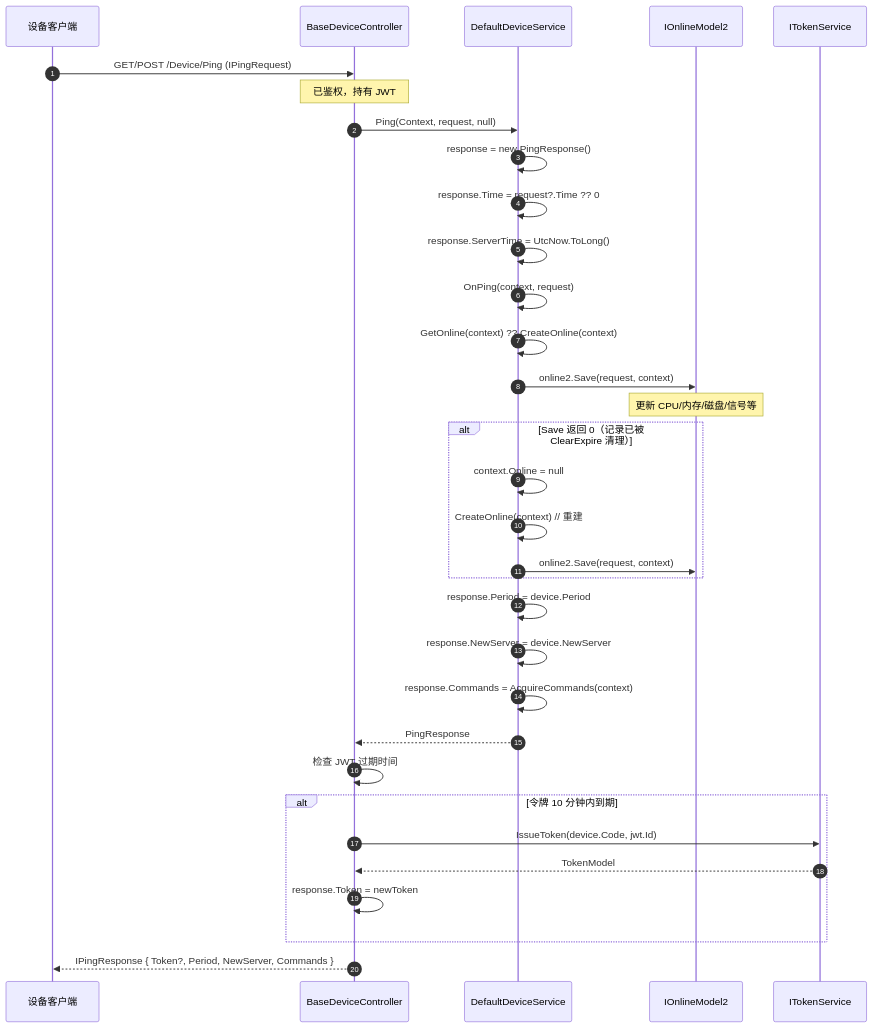
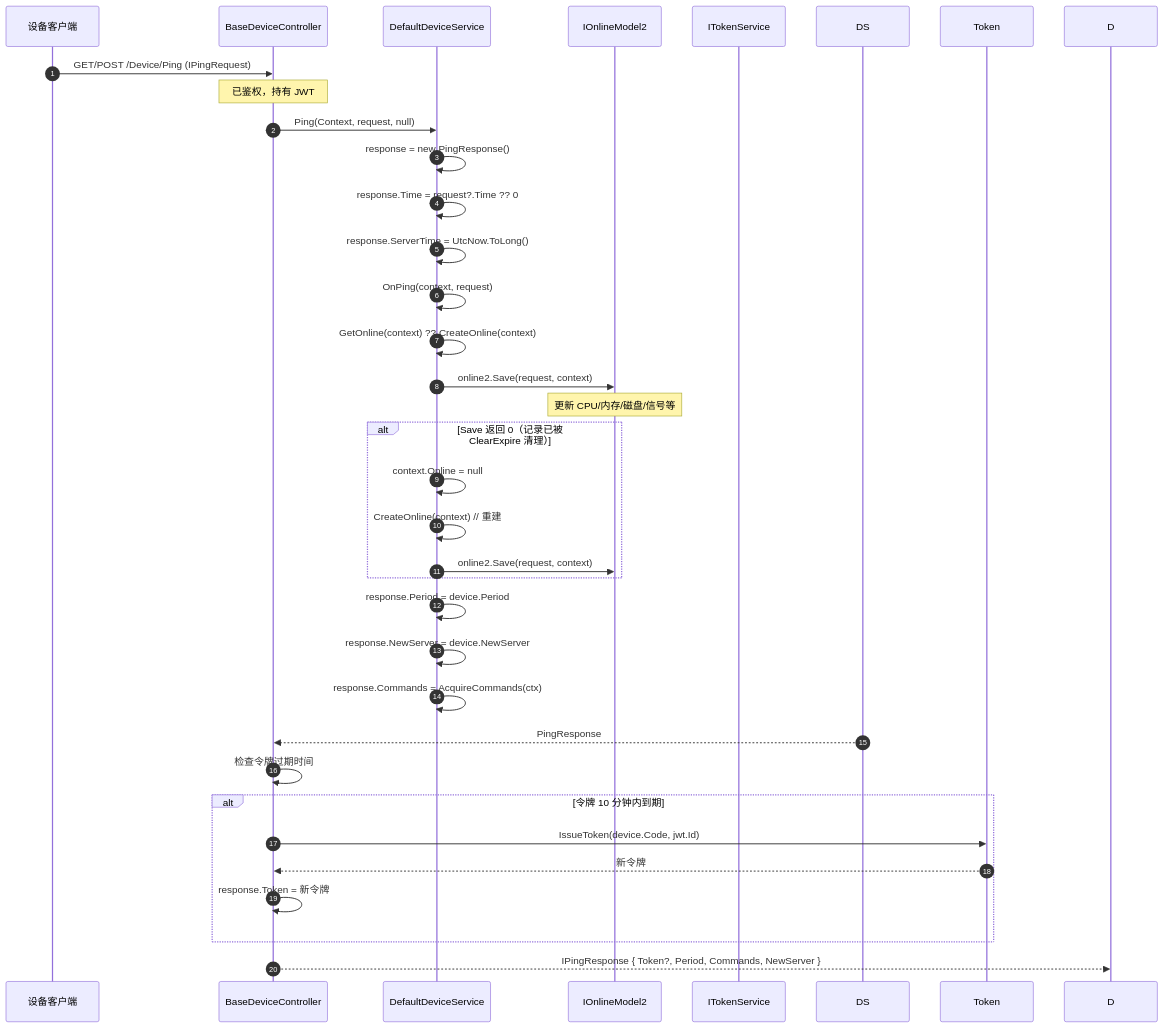
One commit to NewLifeX/NewLife.Remoting changed the sixth of 10 diagrams in Doc/SRV-服务端架构.md. Above: the diagram before and after it, drawn with Mermaid. The commit also changed other lines of this file, not shown here.

````diff
--- a/Doc/SRV-服务端架构.md
+++ b/Doc/SRV-服务端架构.md
@@ -446,42 +220,42 @@
 ```mermaid
 sequenceDiagram
     autonumber
     participant Device as 设备客户端
     participant BC as BaseDeviceController
     participant DDS as DefaultDeviceService
     participant Online as IOnlineModel2
     participant TokenSvc as ITokenService
 
     Device->>BC: GET/POST /Device/Ping (IPingRequest)
     Note over BC: 已鉴权，持有 JWT
 
     BC->>DDS: Ping(Context, request, null)
     DDS->>DDS: response = new PingResponse()
     DDS->>DDS: response.Time = request?.Time ?? 0
     DDS->>DDS: response.ServerTime = UtcNow.ToLong()
 
     DDS->>DDS: OnPing(context, request)
     DDS->>DDS: GetOnline(context) ?? CreateOnline(context)
     DDS->>Online: online2.Save(request, context)
     Note over Online: 更新 CPU/内存/磁盘/信号等
 
     alt Save 返回 0（记录已被 ClearExpire 清理）
         DDS->>DDS: context.Online = null
         DDS->>DDS: CreateOnline(context)  // 重建
         DDS->>Online: online2.Save(request, context)
     end
 
     DDS->>DDS: response.Period = device.Period
     DDS->>DDS: response.NewServer = device.NewServer
-    DDS->>DDS: response.Commands = AcquireCommands(context)
-    DDS-->>BC: PingResponse
+    DDS->>DDS: response.Commands = AcquireCommands(ctx)
+    DS-->>BC: PingResponse
 
-    BC->>BC: 检查 JWT 过期时间
+    BC->>BC: 检查令牌过期时间
     alt 令牌 10 分钟内到期
-        BC->>TokenSvc: IssueToken(device.Code, jwt.Id)
-        TokenSvc-->>BC: TokenModel
-        BC->>BC: response.Token = newToken
+        BC->>Token: IssueToken(device.Code, jwt.Id)
+        Token-->>BC: 新令牌
+        BC->>BC: response.Token = 新令牌
     end
 
-    BC-->>Device: IPingResponse { Token?, Period, NewServer, Commands }
+    BC-->>D: IPingResponse { Token?, Period, Commands, NewServer }
 ```
````
